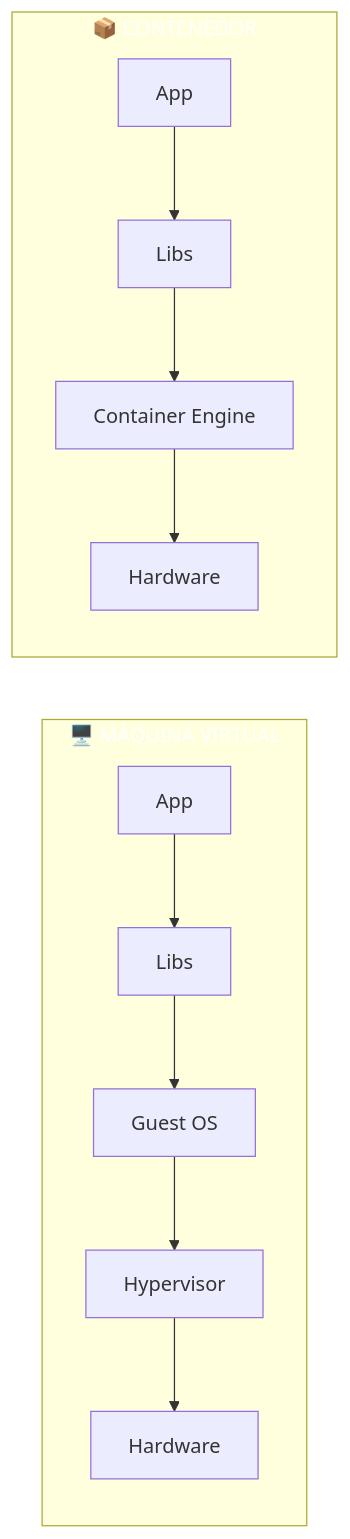
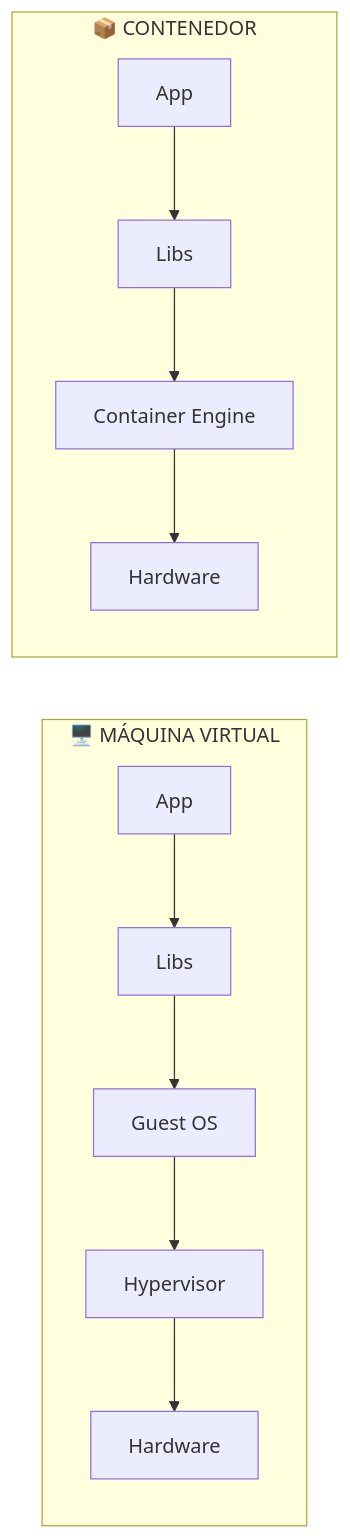
One commit to joseluisgs/DesarrolloWebEntornosServidor-01-2026-2027 changed the fourth of 7 diagrams in 09-despliegue.md. Above: the diagram before and after it, drawn with Mermaid. The commit also changed other lines of this file and 15 other files, not shown here.

Commit message:
docs: quitar el relleno a los subgraf de los diagramas y corregir comillas y rayas sueltas

````diff
--- a/09-despliegue.md
+++ b/09-despliegue.md
@@ -136,13 +136,11 @@
 ```mermaid
 graph LR
     subgraph VM["🖥️ MÁQUINA VIRTUAL"]
         A1["App"] --> A2["Libs"] --> A3["Guest OS"] --> A4["Hypervisor"] --> A5["Hardware"]
     end
 
     subgraph DC["📦 CONTENEDOR"]
         B1["App"] --> B2["Libs"] --> B3["Container Engine"] --> B4["Hardware"]
     end
 
-    style VM fill:#FF980,color:#fff0,color:#fff
-    style DC fill:#4CAF5,color:#fff0,color:#fff
 ```
````
